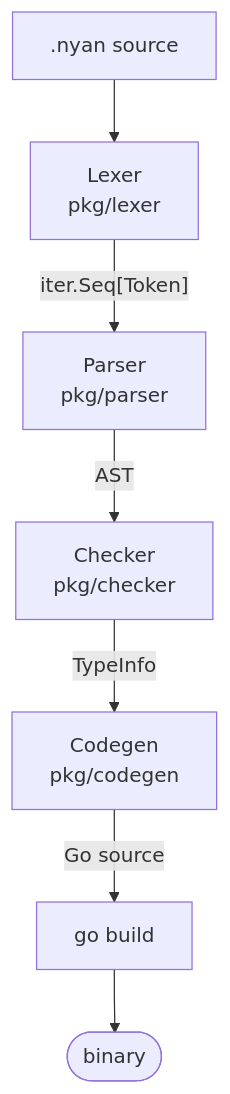
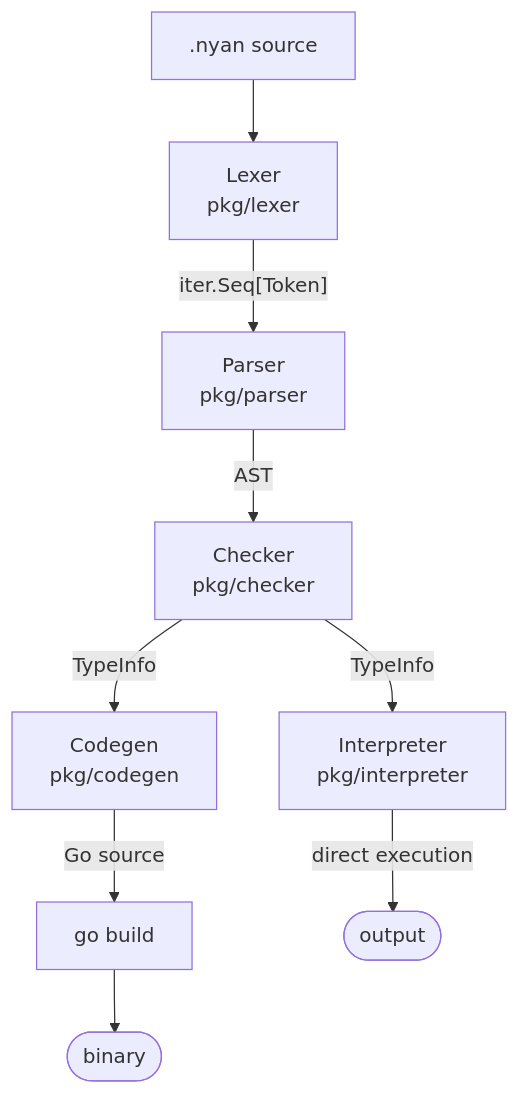
The first of 2 diagrams in docs/internals.md (135yshr/meow), drawn with Mermaid before and after one commit. The commit also changed other lines of this file and 12 other files, not shown here.

````diff
--- a/docs/internals.md
+++ b/docs/internals.md
@@ -7,17 +7,21 @@
 ```mermaid
 flowchart TD
     src[".nyan source"]
     lexer["Lexer<br/>pkg/lexer"]
     parser["Parser<br/>pkg/parser"]
     checker["Checker<br/>pkg/checker"]
     codegen["Codegen<br/>pkg/codegen"]
     gobuild["go build"]
     bin(["binary"])
+    interp["Interpreter<br/>pkg/interpreter"]
+    output(["output"])
 
     src --> lexer
     lexer -- "iter.Seq[Token]" --> parser
     parser -- "AST" --> checker
     checker -- "TypeInfo" --> codegen
+    checker -- "TypeInfo" --> interp
     codegen -- "Go source" --> gobuild
     gobuild --> bin
+    interp -- "direct execution" --> output
 ```
````
